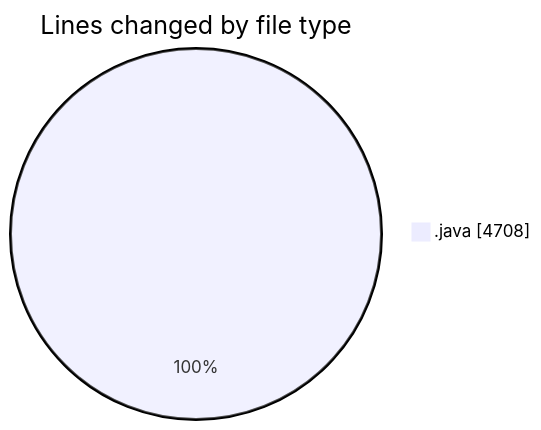
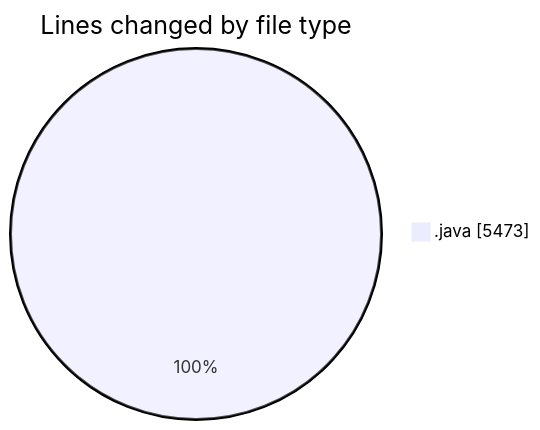
Before and after one commit to ricardozamudiocil/code-tracking: the first of 2 diagrams in 2026-04-09/cilapp/README.md, drawn with Mermaid. The commit also changed other lines of this file and 1 other file, not shown here.

````diff
--- a/2026-04-09/cilapp/README.md
+++ b/2026-04-09/cilapp/README.md
@@ -26,5 +27,5 @@
 ```mermaid
 pie showData
 title Lines changed by file type
-".java" : 4708
+".java" : 5473
 ```
````
